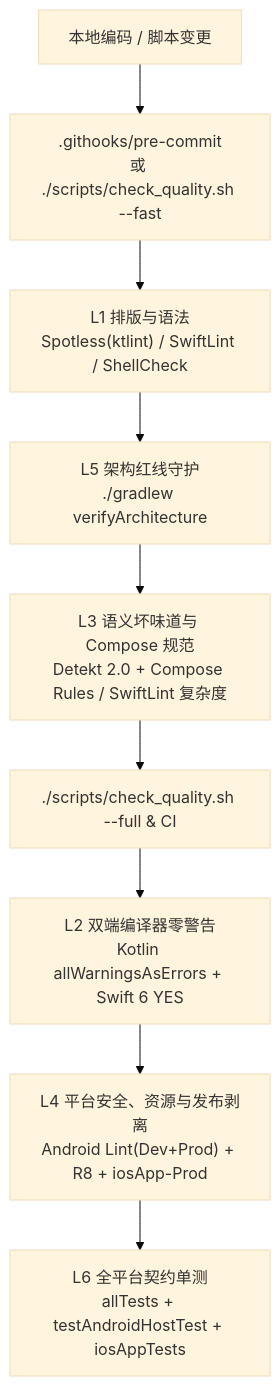
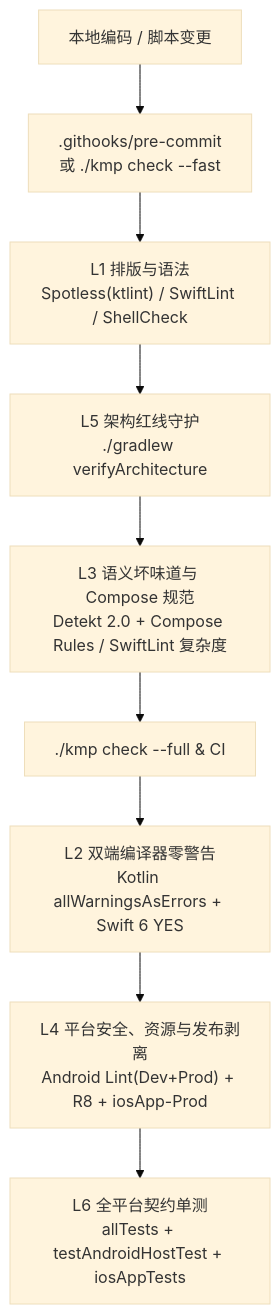
The diagram in docs/sop/0002-code-quality-and-static-analysis.md (e-hai/Architecture), drawn with Mermaid (base theme) before and after one commit. The commit also changed other lines of this file and 32 other files, not shown here.

Commit message:
refactor(scripts): unify scaffold CLI under ./kmp and organize scripts/ into internal/hooks/tests

````diff
--- a/docs/sop/0002-code-quality-and-static-analysis.md
+++ b/docs/sop/0002-code-quality-and-static-analysis.md
@@ -31,11 +31,11 @@
 ```mermaid
 flowchart TD
-    Dev["本地编码 / 脚本变更"] --> Hook[".githooks/pre-commit\n或 ./scripts/check_quality.sh --fast"]
+    Dev["本地编码 / 脚本变更"] --> Hook[".githooks/pre-commit\n或 ./kmp check --fast"]
     Hook --> L1["L1 排版与语法\nSpotless(ktlint) / SwiftLint / ShellCheck"]
     L1 --> L5["L5 架构红线守护\n./gradlew verifyArchitecture"]
     L5 --> L3["L3 语义坏味道与 Compose 规范\nDetekt 2.0 + Compose Rules / SwiftLint 复杂度"]
-    L3 --> Full["./scripts/check_quality.sh --full & CI"]
+    L3 --> Full["./kmp check --full & CI"]
     Full --> L2["L2 双端编译器零警告\nKotlin allWarningsAsErrors + Swift 6 YES"]
     L2 --> L4["L4 平台安全、资源与发布剥离\nAndroid Lint(Dev+Prod) + R8 + iosApp-Prod"]
     L4 --> L6["L6 全平台契约单测\nallTests + testAndroidHostTest + iosAppTests"]
 ```
````
